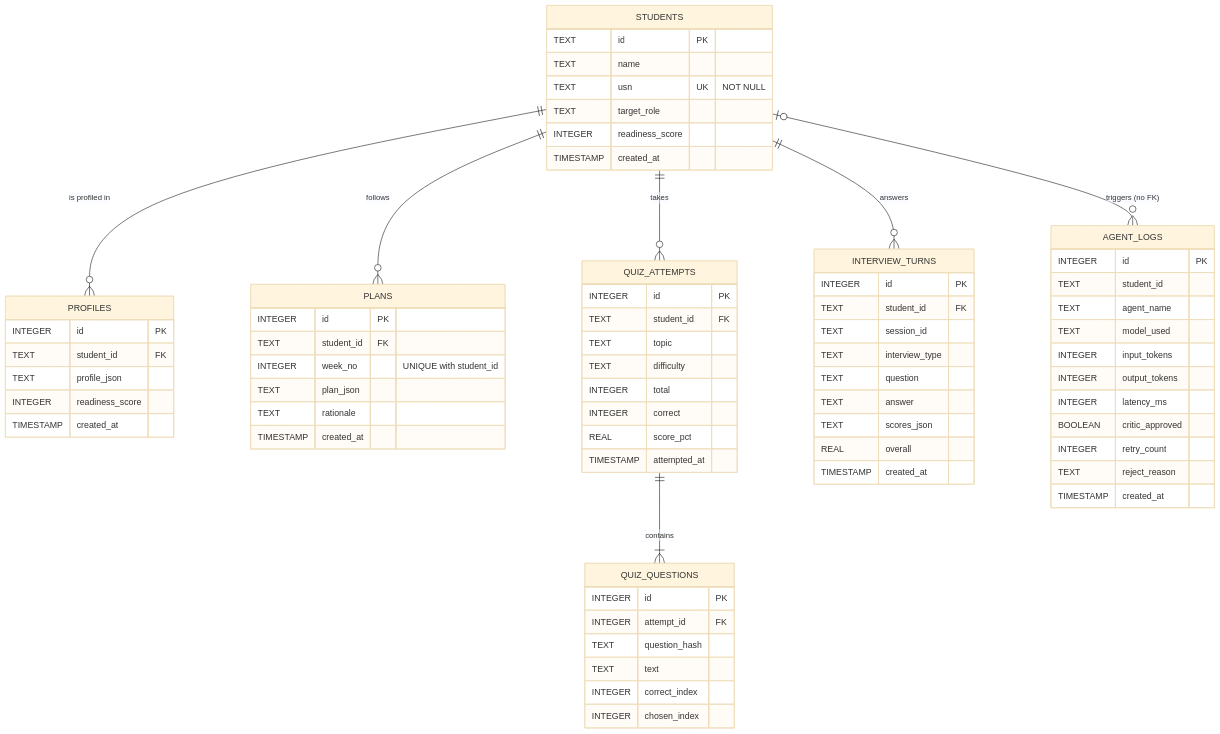
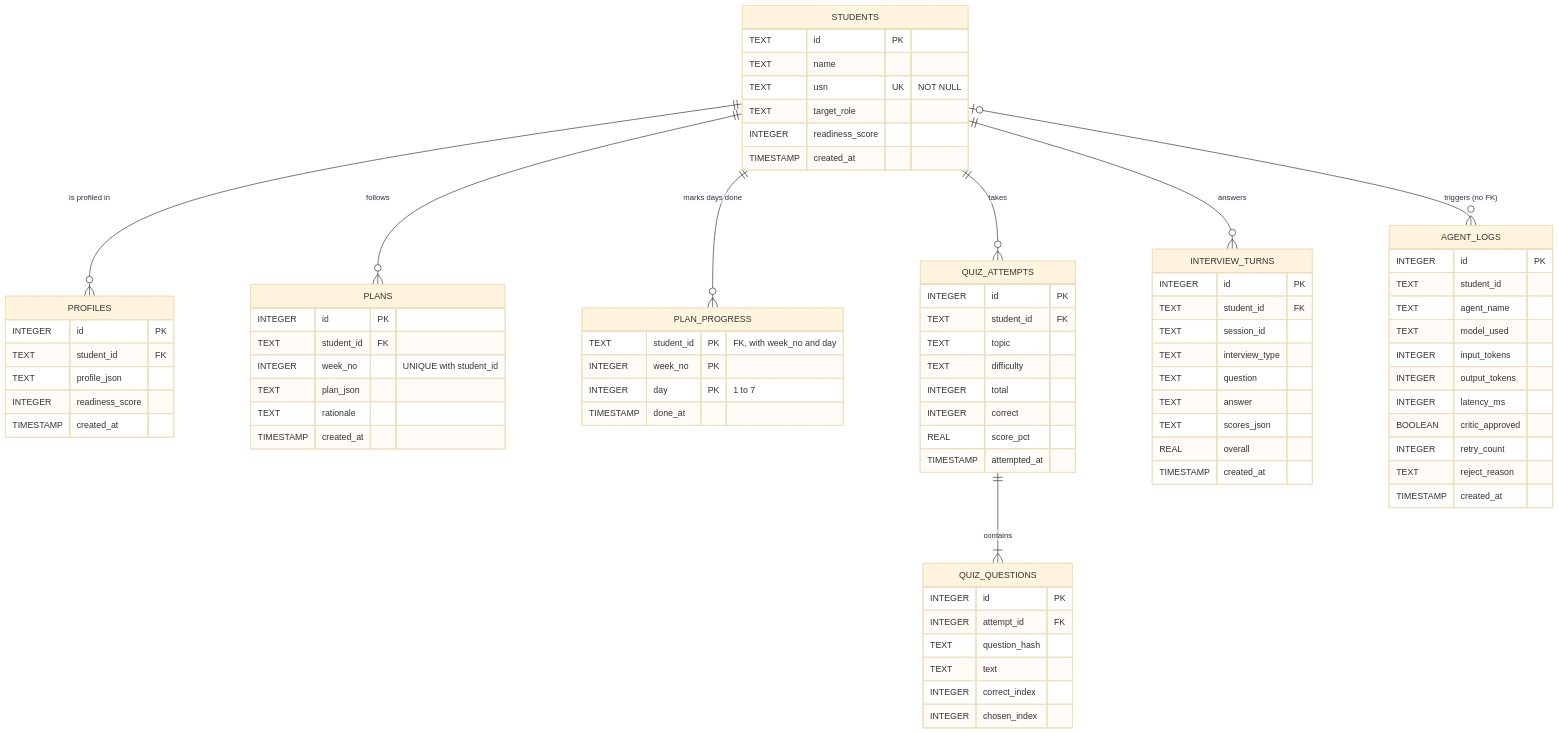
The fifth of 6 diagrams in docs/diagrams.md (prajwalparish-git/Placement-IQ), drawn with Mermaid (base theme) before and after one commit. The commit also changed 12 other files, not shown here.

First line of the commit message:
feat(plan): mark plan days done and count them on Home and the Dashboard (F10)

````diff
--- a/docs/diagrams.md
+++ b/docs/diagrams.md
@@ -94,75 +94,82 @@
 ```mermaid
 erDiagram
     STUDENTS ||--o{ PROFILES : "is profiled in"
     STUDENTS ||--o{ PLANS : follows
+    STUDENTS ||--o{ PLAN_PROGRESS : "marks days done"
     STUDENTS ||--o{ QUIZ_ATTEMPTS : takes
     QUIZ_ATTEMPTS ||--|{ QUIZ_QUESTIONS : contains
     STUDENTS ||--o{ INTERVIEW_TURNS : answers
     STUDENTS |o--o{ AGENT_LOGS : "triggers (no FK)"
 
     STUDENTS {
         TEXT id PK
         TEXT name
         TEXT usn UK "NOT NULL"
         TEXT target_role
         INTEGER readiness_score
         TIMESTAMP created_at
     }
     PROFILES {
         INTEGER id PK
         TEXT student_id FK
         TEXT profile_json
         INTEGER readiness_score
         TIMESTAMP created_at
     }
     PLANS {
         INTEGER id PK
         TEXT student_id FK
         INTEGER week_no "UNIQUE with student_id"
         TEXT plan_json
         TEXT rationale
         TIMESTAMP created_at
+    }
+    PLAN_PROGRESS {
+        TEXT student_id PK "FK, with week_no and day"
+        INTEGER week_no PK
+        INTEGER day PK "1 to 7"
+        TIMESTAMP done_at
     }
     QUIZ_ATTEMPTS {
         INTEGER id PK
         TEXT student_id FK
         TEXT topic
         TEXT difficulty
         INTEGER total
         INTEGER correct
         REAL score_pct
         TIMESTAMP attempted_at
     }
     QUIZ_QUESTIONS {
         INTEGER id PK
         INTEGER attempt_id FK
         TEXT question_hash
         TEXT text
         INTEGER correct_index
         INTEGER chosen_index
     }
     INTERVIEW_TURNS {
         INTEGER id PK
         TEXT student_id FK
         TEXT session_id
         TEXT interview_type
         TEXT question
         TEXT answer
         TEXT scores_json
         REAL overall
         TIMESTAMP created_at
     }
     AGENT_LOGS {
         INTEGER id PK
         TEXT student_id
         TEXT agent_name
         TEXT model_used
         INTEGER input_tokens
         INTEGER output_tokens
         INTEGER latency_ms
         BOOLEAN critic_approved
         INTEGER retry_count
         TEXT reject_reason
         TIMESTAMP created_at
     }
 ```
````
